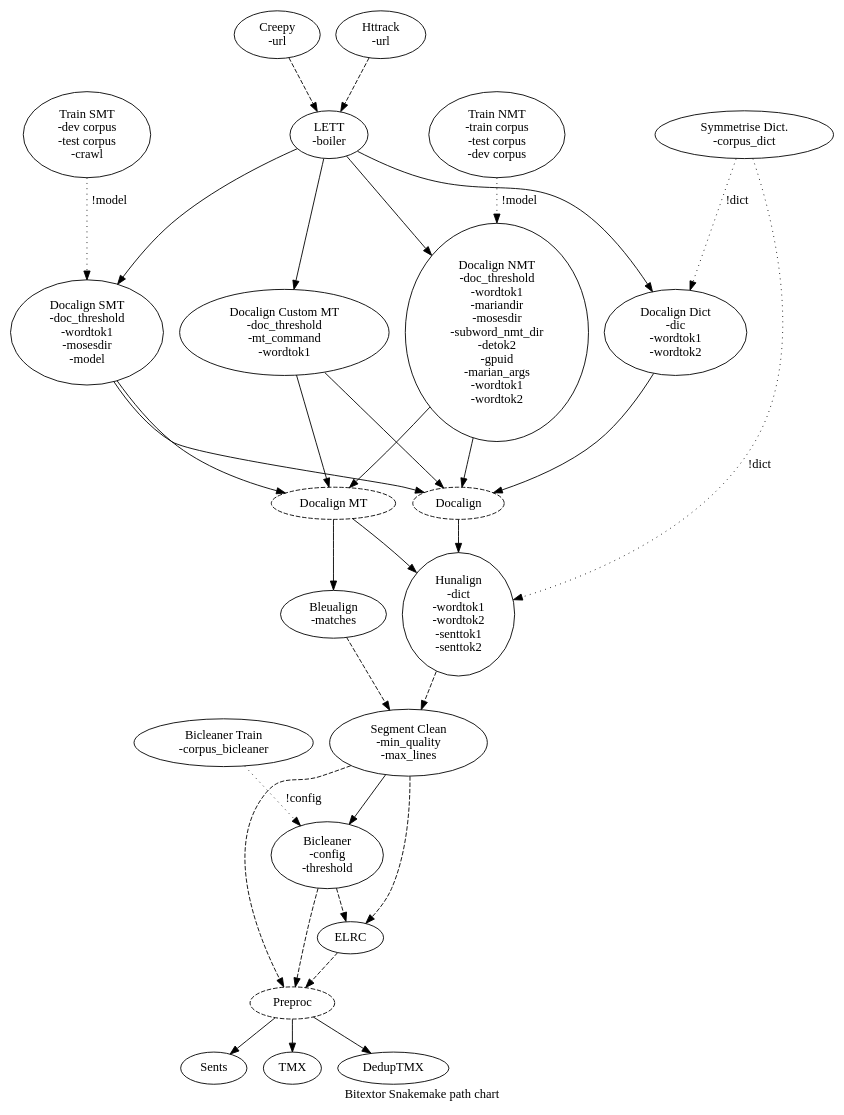
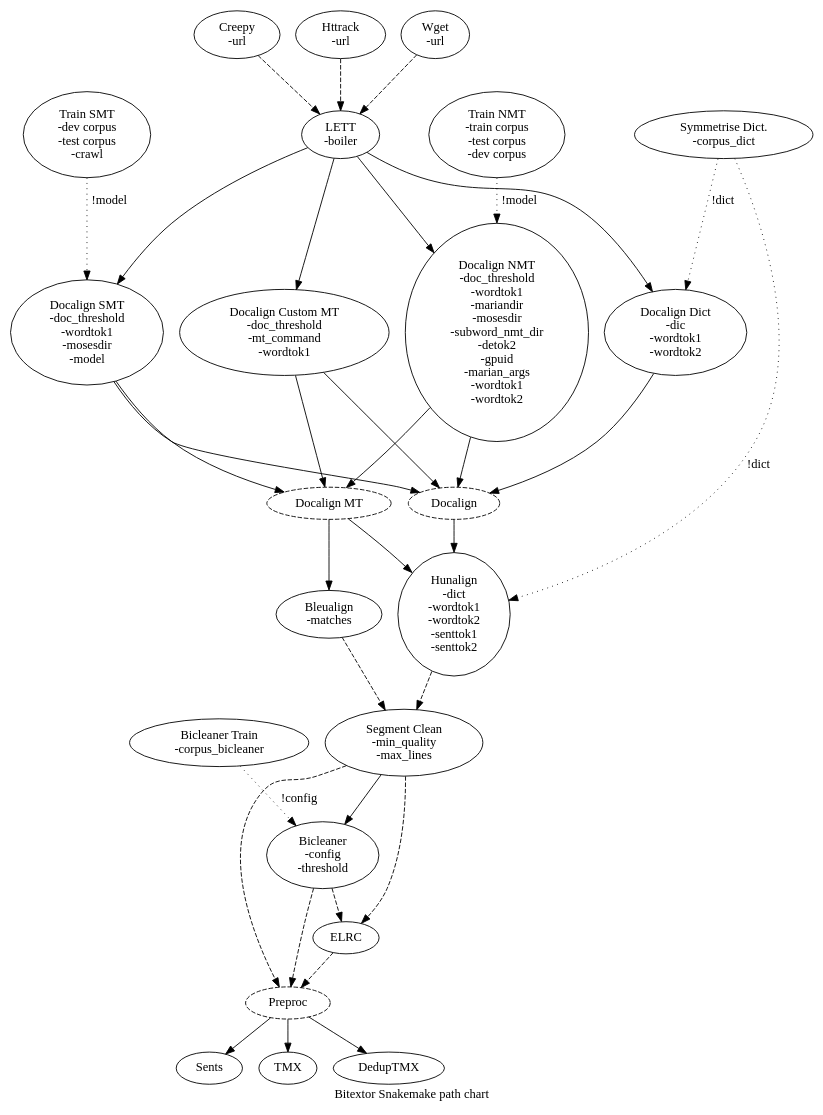
The diagram in img/bitextor-graph.dot (bitextor/bitextor), drawn with Graphviz before and after one commit. The commit also changed 3 other files, not shown here.

```diff
--- a/img/bitextor-graph.dot
+++ b/img/bitextor-graph.dot
@@ -1,45 +1,46 @@
 digraph Snakemake {
   label="Bitextor Snakemake path chart"
 
   #Nodes
   Creepy [label="Creepy\n-url"]
   Httrack [label="Httrack\n-url"]
+  Wget [label="Wget\n-url"]
   LETT [label="LETT\n-boiler"]
   DocalignDict [label="Docalign Dict\n-dic\n-wordtok1\n-wordtok2"]
   DocalignSMT [label="Docalign SMT\n-doc_threshold\n-wordtok1\n-mosesdir\n-model"]
   DocalignNMT [label="Docalign NMT\n-doc_threshold\n-wordtok1\n-mariandir\n-mosesdir\n-subword_nmt_dir\n-detok2\n-gpuid\n-marian_args\n-wordtok1\n-wordtok2"]
   DocalignCustomMT [label="Docalign Custom MT\n-doc_threshold\n-mt_command\n-wordtok1"]
   TrainSMT [label="Train SMT\n-dev corpus\n-test corpus\n-crawl"]
   TrainNMT [label="Train NMT\n-train corpus\n-test corpus\n-dev corpus"]
   SymmetriseDic [label="Symmetrise Dict.\n-corpus_dict"]
   Docalign [style=dashed]
   DocalignMT [label="Docalign MT", style=dashed]
   Hunalign [label="Hunalign\n-dict\n-wordtok1\n-wordtok2\n-senttok1\n-senttok2"]
   Bleualign [label="Bleualign\n-matches"]
   Segclean [label="Segment Clean\n-min_quality\n-max_lines"]
   Bicleaner [label="Bicleaner\n-config\n-threshold"]
   BicleanerTrain [label="Bicleaner Train\n-corpus_bicleaner"]
   ELRC
   Preproc [style=dashed]
   Sents [style=rounded]
   TMX [style=rounded]
   DedupTMX [style=rounded]
 
   #Relations
-  {Creepy,Httrack} -> LETT [style=dashed]
+  {Creepy,Httrack,Wget} -> LETT [style=dashed]
   LETT -> {DocalignDict,DocalignSMT,DocalignNMT,DocalignCustomMT}
   SymmetriseDic -> {DocalignDict,Hunalign} [label="!dict", style=dotted]
   TrainSMT -> DocalignSMT [label="!model", style=dotted]
   TrainNMT -> DocalignNMT [label="!model", style=dotted]
   {DocalignDict,DocalignSMT,DocalignNMT,DocalignCustomMT} -> Docalign
   {DocalignSMT,DocalignNMT,DocalignCustomMT} -> DocalignMT
   {Docalign,DocalignMT} -> Hunalign
   DocalignMT -> Bleualign
   BicleanerTrain -> Bicleaner [label="!config", style=dotted]
   {Hunalign,Bleualign} -> Segclean [style=dashed]
   {Segclean,Bicleaner,ELRC} -> Preproc [style=dashed]
   {Segclean,Bicleaner} -> ELRC [style=dashed]
   Segclean -> Bicleaner
   Preproc -> {Sents,TMX,DedupTMX}
 
 }
```
